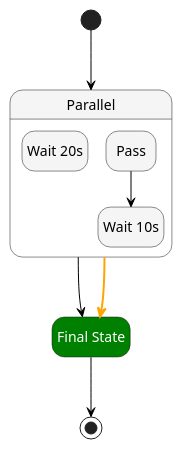
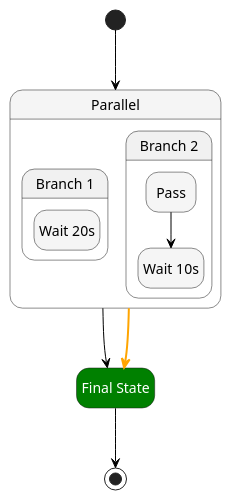
Before and after one commit to massfords/asl-puml: the diagram in src/__tests__/pumls/parallel.asl.puml, drawn with PlantUML. The commit also changed 6 other files, not shown here.

```diff
--- a/src/__tests__/pumls/parallel.asl.puml
+++ b/src/__tests__/pumls/parallel.asl.puml
@@ -1,29 +1,33 @@
 @startuml
 hide empty description
 skinparam ArrowColor #black
 skinparam state {
 
     BackgroundColor<<aslParallel>> #whitesmoke
 
     BackgroundColor<<aslPass>> #whitesmoke
     FontColor<<aslPass>> automatic
 
     BackgroundColor<<aslSucceed>> #green
     FontColor<<aslSucceed>> automatic
 
     BackgroundColor<<aslWait>> #whitesmoke
     FontColor<<aslWait>> automatic
     BackgroundColor<<Compensate>> #orange
 }
 state "Parallel" as state1<<aslParallel>> {
+state "Branch 1" as state1_1 {
 state "Wait 20s" as state3<<aslWait>>
+}
+state "Branch 2" as state1_2 {
 state "Pass" as state4<<aslPass>>
 state "Wait 10s" as state5<<aslWait>>
+}
 }
 state "Final State" as state2<<aslSucceed>>
 [*] --> state1
 state1 --> state2
 state1 -[bold,#orange]-> state2
 state2 --> [*]
 state4 --> state5
 @enduml
```
